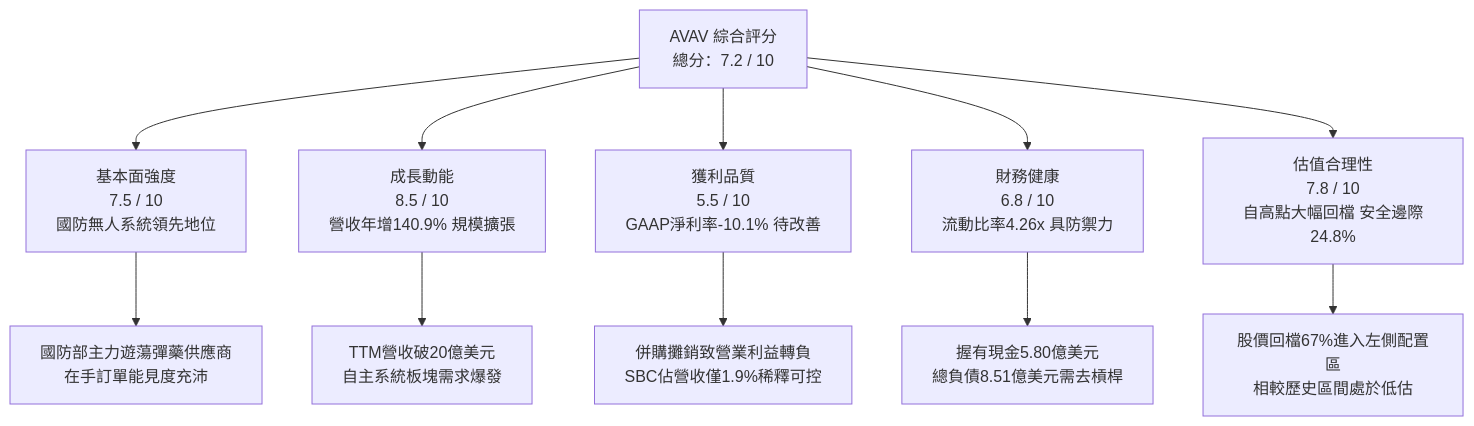
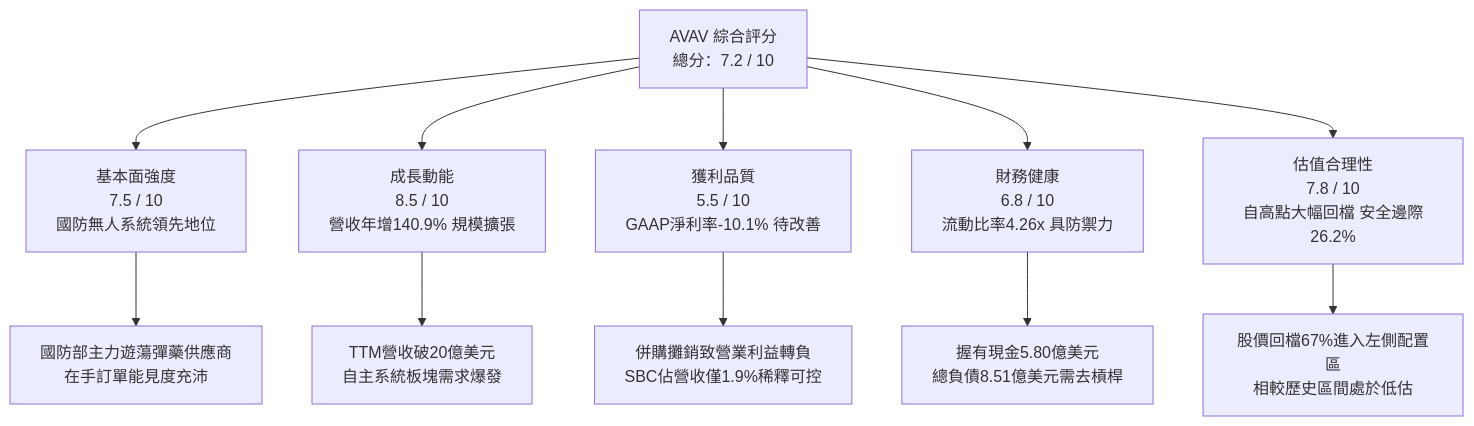
One commit to yennanliu/finance_data changed the first of 15 diagrams in ai_gen_report/fundamental/avav/fundamental_analysis_2026-10-11_gemini.md. Above: the diagram before and after it, drawn with Mermaid. The commit also changed other lines of this file and 339 other files, not shown here.

````diff
--- a/ai_gen_report/fundamental/avav/fundamental_analysis_2026-10-11_gemini.md
+++ b/ai_gen_report/fundamental/avav/fundamental_analysis_2026-10-11_gemini.md
@@ -60,22 +67,22 @@
 ```mermaid
 graph TD
     TICKER["AVAV 綜合評分<br/>總分：7.2 / 10"]
 
     F["基本面強度<br/>7.5 / 10<br/>國防無人系統領先地位"]
     G["成長動能<br/>8.5 / 10<br/>營收年增140.9% 規模擴張"]
     P["獲利品質<br/>5.5 / 10<br/>GAAP淨利率-10.1% 待改善"]
     B["財務健康<br/>6.8 / 10<br/>流動比率4.26x 具防禦力"]
-    V["估值合理性<br/>7.8 / 10<br/>自高點大幅回檔 安全邊際24.8%"]
+    V["估值合理性<br/>7.8 / 10<br/>自高點大幅回檔 安全邊際26.2%"]
 
     TICKER --> F
     TICKER --> G
     TICKER --> P
     TICKER --> B
     TICKER --> V
 
     F --> F1["國防部主力遊蕩彈藥供應商<br/>在手訂單能見度充沛"]
     G --> G1["TTM營收破20億美元<br/>自主系統板塊需求爆發"]
     P --> P1["併購攤銷致營業利益轉負<br/>SBC佔營收僅1.9%稀釋可控"]
     B --> B1["握有現金5.80億美元<br/>總負債8.51億美元需去槓桿"]
     V --> V1["股價回檔67%進入左側配置區<br/>相較歷史區間處於低估"]
 ```
````
